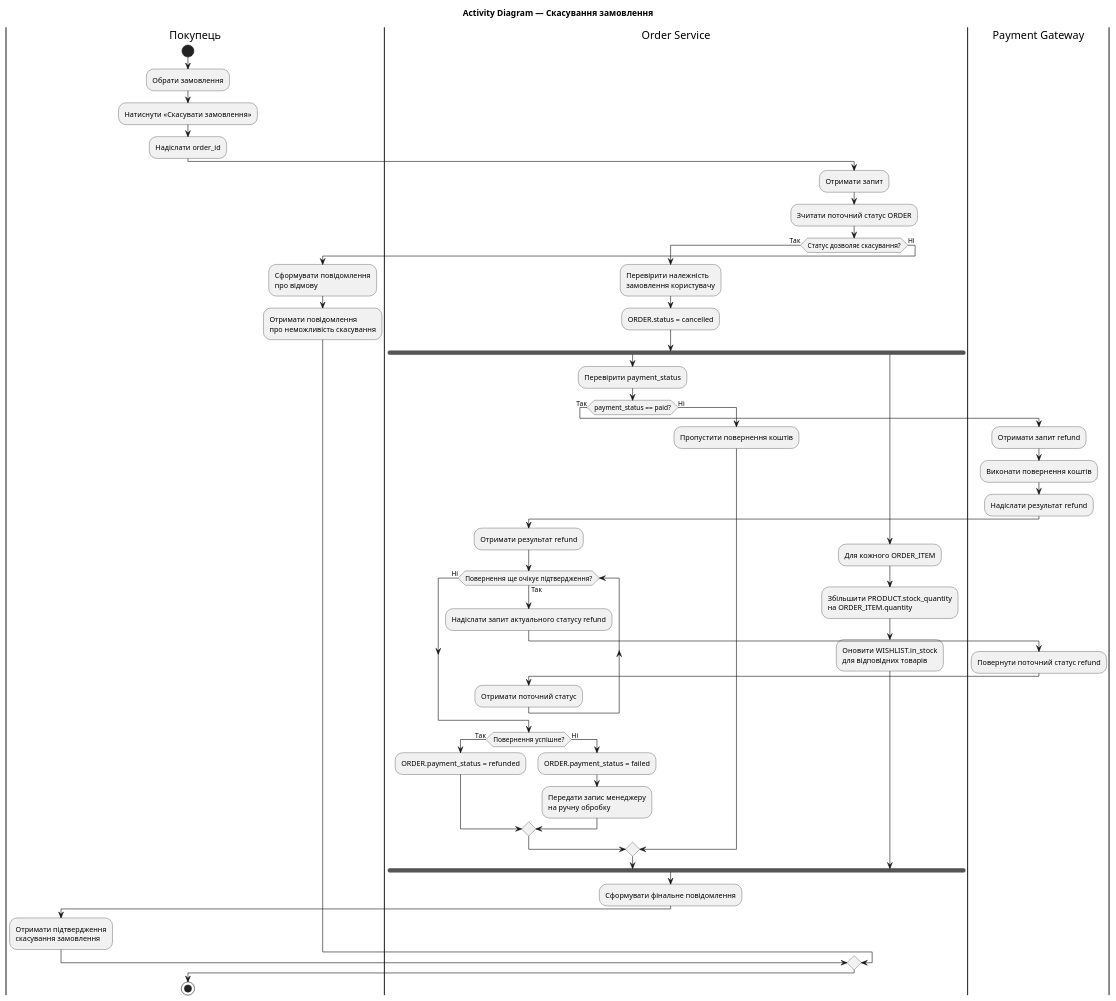
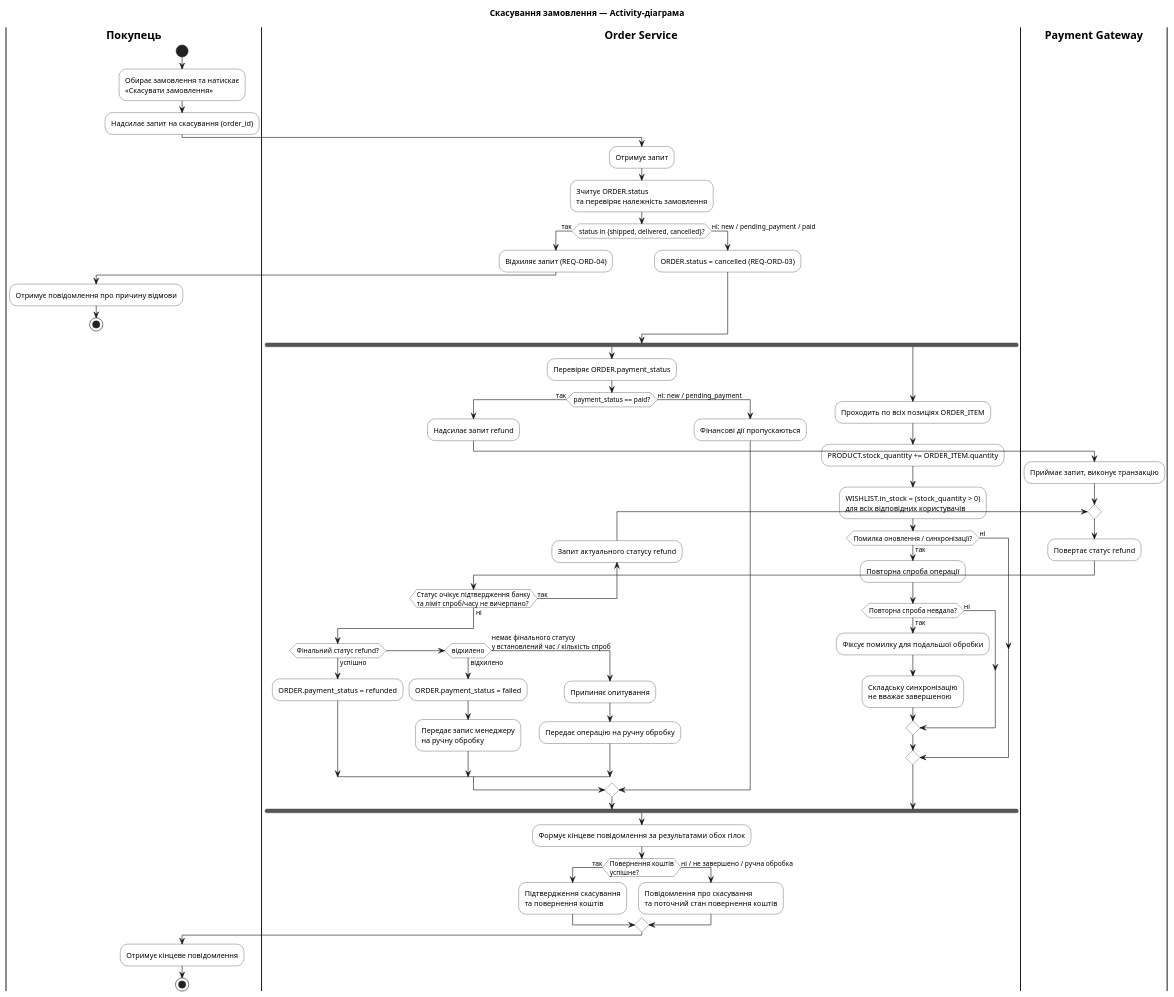
One commit to Ro-sya/KPI changed the diagram in activity.puml. Above: the diagram before and after it, drawn with PlantUML.

Commit message:
update activity diagram

```diff
--- a/activity.puml
+++ b/activity.puml
@@ -1,70 +1,78 @@
 @startuml
-title Activity Diagram — Скасування замовлення
+title Скасування замовлення — Activity-діаграма
+skinparam shadowing false
+skinparam defaultFontName Arial
+skinparam ActivityBackgroundColor #FFFFFF
+skinparam swimlaneTitleFontStyle bold
 
 |Покупець|
 start
-:Обрати замовлення;
-:Натиснути «Скасувати замовлення»;
-:Надіслати order_id;
+:Обирає замовлення та натискає\n«Скасувати замовлення»;
+:Надсилає запит на скасування (order_id);
 
 |Order Service|
-:Отримати запит;
-:Зчитати поточний статус ORDER;
+:Отримує запит;
+:Зчитує ORDER.status\nта перевіряє належність замовлення;
 
-if (Статус дозволяє скасування?) then (Так)
-  :Перевірити належність\nзамовлення користувачу;
-
-  :ORDER.status = cancelled;
-
-  fork
-    :Перевірити payment_status;
-
-    if (payment_status == paid?) then (Так)
-      |Payment Gateway|
-      :Отримати запит refund;
-      :Виконати повернення коштів;
-      :Надіслати результат refund;
-
-      |Order Service|
-      :Отримати результат refund;
-
-      while (Повернення ще очікує підтвердження?) is (Так)
-        :Надіслати запит актуального статусу refund;
-
-        |Payment Gateway|
-        :Повернути поточний статус refund;
-
-        |Order Service|
-        :Отримати поточний статус;
-      endwhile (Ні)
-
-      if (Повернення успішне?) then (Так)
-        :ORDER.payment_status = refunded;
-      else (Ні)
-        :ORDER.payment_status = failed;
-        :Передати запис менеджеру\nна ручну обробку;
-      endif
-    else (Ні)
-      :Пропустити повернення коштів;
-    endif
-
-  fork again
-    :Для кожного ORDER_ITEM;
-    :Збільшити PRODUCT.stock_quantity\nна ORDER_ITEM.quantity;
-    :Оновити WISHLIST.in_stock\nдля відповідних товарів;
-  end fork
-
-  :Сформувати фінальне повідомлення;
-
+if (status in {shipped, delivered, cancelled}?) then (так)
+  :Відхиляє запит (REQ-ORD-04);
   |Покупець|
-  :Отримати підтвердження\nскасування замовлення;
-
-else (Ні)
-  :Сформувати повідомлення\nпро відмову;
-
-  |Покупець|
-  :Отримати повідомлення\nпро неможливість скасування;
+  :Отримує повідомлення про причину відмови;
+  stop
+else (ні: new / pending_payment / paid)
+  |Order Service|
+  :ORDER.status = cancelled (REQ-ORD-03);
 endif
 
+fork
+  |Order Service|
+  :Перевіряє ORDER.payment_status;
+  if (payment_status == paid?) then (так)
+    :Надсилає запит refund;
+    |Payment Gateway|
+    :Приймає запит, виконує транзакцію;
+    repeat
+      :Повертає статус refund;
+      |Order Service|
+      backward:Запит актуального статусу refund;
+    repeat while (Статус очікує підтвердження банку\nта ліміт спроб/часу не вичерпано?) is (так) not (ні)
+    if (Фінальний статус refund?) then (успішно)
+      :ORDER.payment_status = refunded;
+    elseif (відхилено) then (відхилено)
+      :ORDER.payment_status = failed;
+      :Передає запис менеджеру\nна ручну обробку;
+    else (немає фінального статусу\nу встановлений час / кількість спроб)
+      :Припиняє опитування;
+      :Передає операцію на ручну обробку;
+    endif
+  else (ні: new / pending_payment)
+    :Фінансові дії пропускаються;
+  endif
+fork again
+  |Order Service|
+  :Проходить по всіх позиціях ORDER_ITEM;
+  :PRODUCT.stock_quantity += ORDER_ITEM.quantity;
+  :WISHLIST.in_stock = (stock_quantity > 0)\nдля всіх відповідних користувачів;
+  if (Помилка оновлення / синхронізації?) then (так)
+    :Повторна спроба операції;
+    if (Повторна спроба невдала?) then (так)
+      :Фіксує помилку для подальшої обробки;
+      :Складську синхронізацію\nне вважає завершеною;
+    else (ні)
+    endif
+  else (ні)
+  endif
+end fork
+
+|Order Service|
+:Формує кінцеве повідомлення за результатами обох гілок;
+if (Повернення коштів\nуспішне?) then (так)
+  :Підтвердження скасування\nта повернення коштів;
+else (ні / не завершено / ручна обробка)
+  :Повідомлення про скасування\nта поточний стан повернення коштів;
+endif
+
+|Покупець|
+:Отримує кінцеве повідомлення;
 stop
 @enduml
```
